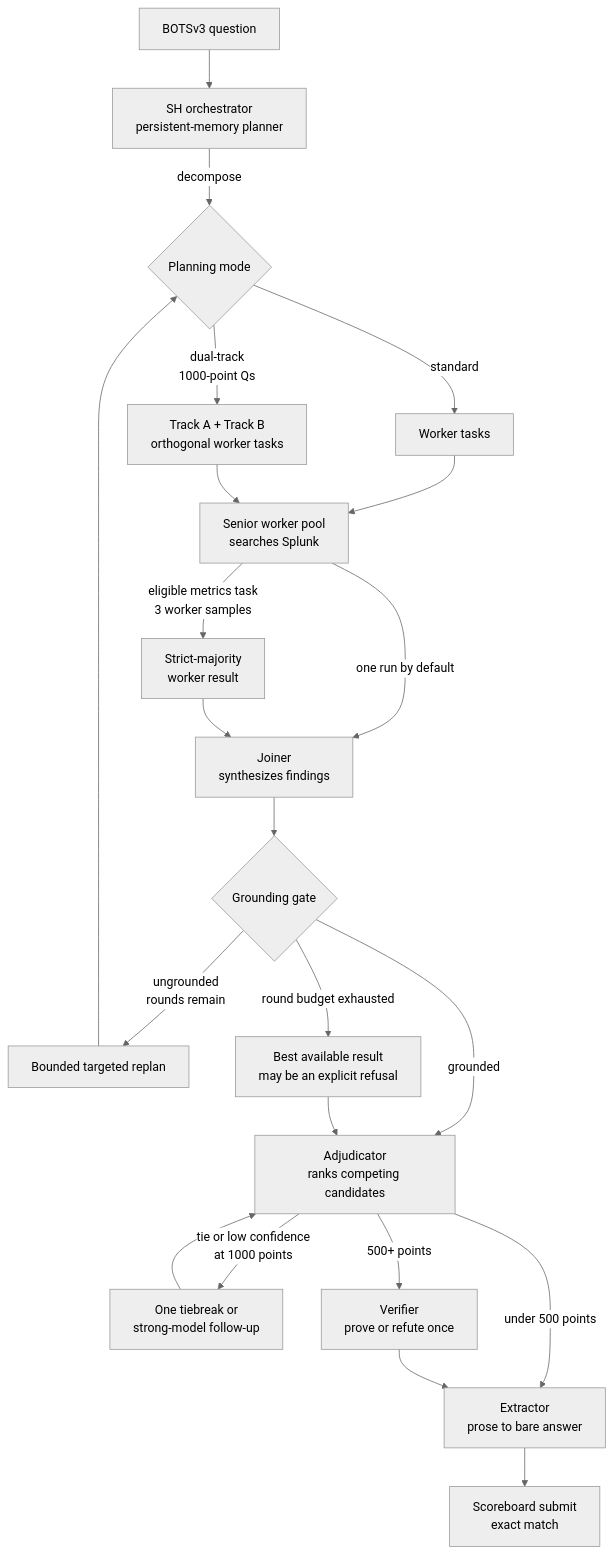
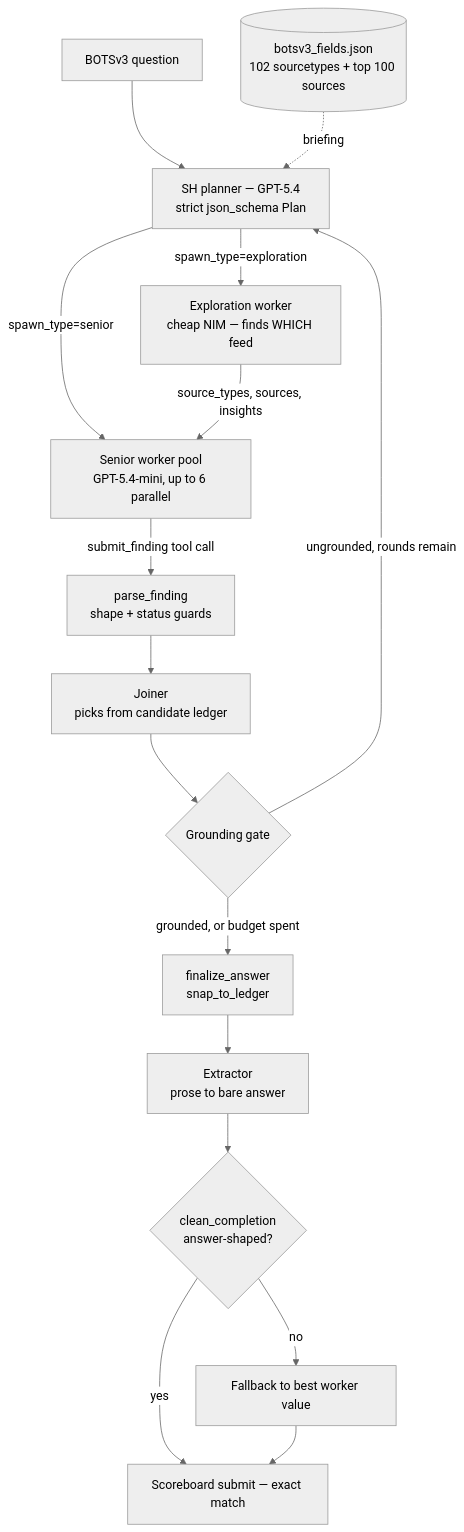
Before and after one commit to lee1613/SIEM-Automation: the diagram in docs/ARCHITECTURE.md, drawn with Mermaid (neutral theme). The commit also changed other lines of this file, not shown here.

````diff
--- a/docs/ARCHITECTURE.md
+++ b/docs/ARCHITECTURE.md
@@ -21,24 +71,18 @@
 ```mermaid
 flowchart TD
-    Q[BOTSv3 question] --> SH[SH orchestrator<br/>persistent-memory planner]
-    SH -->|decompose| D{Planning mode}
-    D -->|standard| T[Worker tasks]
-    D -->|dual-track<br/>1000-point Qs| T2[Track A + Track B<br/>orthogonal worker tasks]
-    T --> W[Senior worker pool<br/>searches Splunk]
-    T2 --> W
-    W -->|one run by default| J[Joiner<br/>synthesizes findings]
-    W -->|eligible metrics task<br/>3 worker samples| M[Strict-majority<br/>worker result]
-    M --> J
+    Q[BOTSv3 question] --> SH[SH planner — GPT-5.4<br/>strict json_schema Plan]
+    B[(botsv3_fields.json<br/>102 sourcetypes + top 100 sources)] -.briefing.-> SH
+    SH -->|spawn_type=senior| W[Senior worker pool<br/>GPT-5.4-mini, up to 6 parallel]
+    SH -->|spawn_type=exploration| E[Exploration worker<br/>cheap NIM — finds WHICH feed]
+    E -->|source_types, sources, insights| W
+    W -->|submit_finding tool call| P[parse_finding<br/>shape + status guards]
+    P --> J[Joiner<br/>picks from candidate ledger]
     J --> G{Grounding gate}
-    G -->|grounded| ADJ[Adjudicator<br/>ranks competing candidates]
-    G -->|ungrounded<br/>rounds remain| RP[Bounded targeted replan]
-    RP --> D
-    G -->|round budget exhausted| FB[Best available result<br/>may be an explicit refusal]
-    FB --> ADJ
-    ADJ -->|tie or low confidence<br/>at 1000 points| ESC[One tiebreak or<br/>strong-model follow-up]
-    ESC --> ADJ
-    ADJ -->|500+ points| V[Verifier<br/>prove or refute once]
-    ADJ -->|under 500 points| X[Extractor<br/>prose to bare answer]
-    V --> X
-    X --> S[Scoreboard submit<br/>exact match]
+    G -->|ungrounded, rounds remain| SH
+    G -->|grounded, or budget spent| F[finalize_answer<br/>snap_to_ledger]
+    F --> X[Extractor<br/>prose to bare answer]
+    X --> C{clean_completion<br/>answer-shaped?}
+    C -->|no| FB[Fallback to best worker value]
+    C -->|yes| S[Scoreboard submit — exact match]
+    FB --> S
 ```
````
